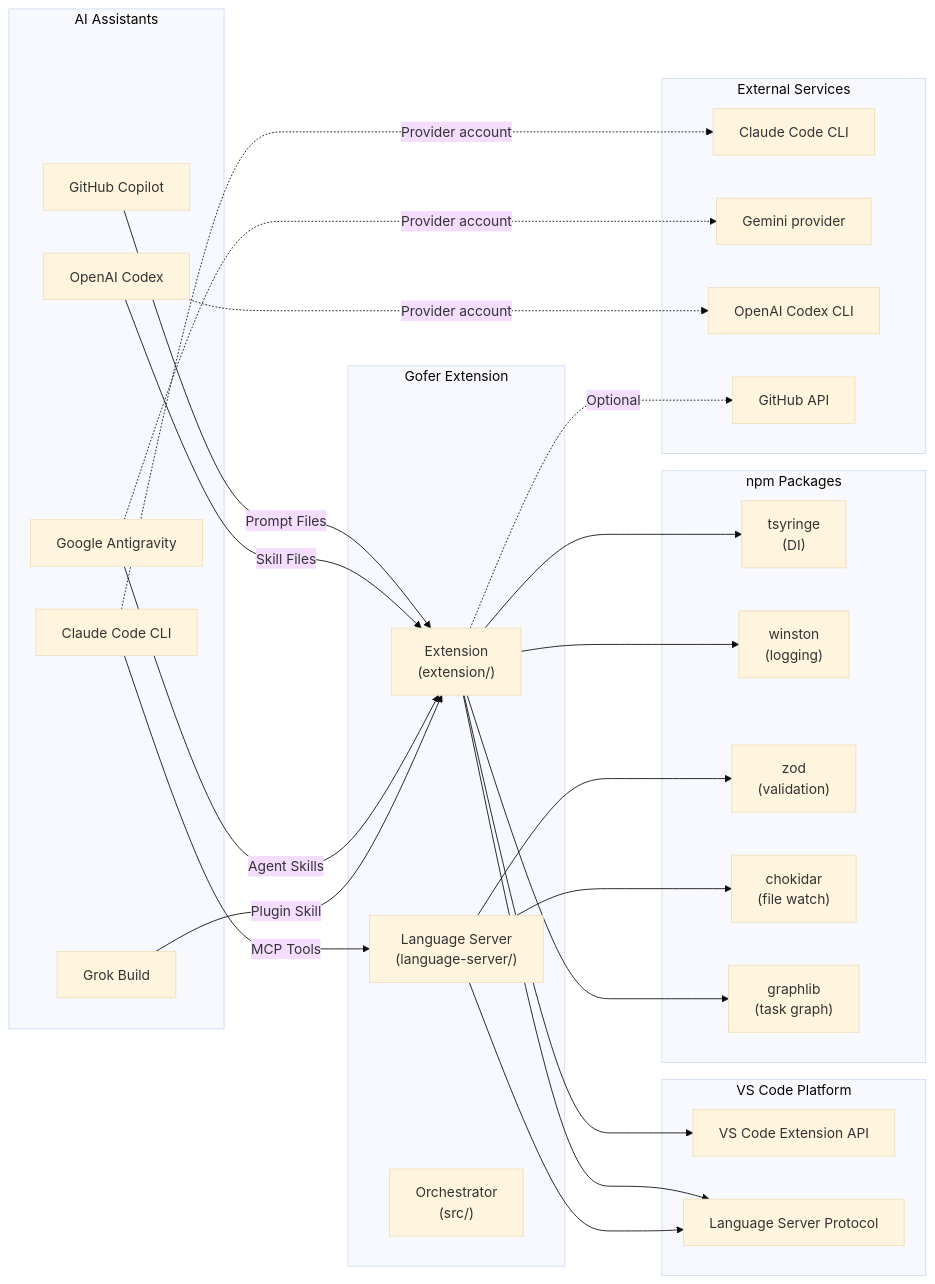
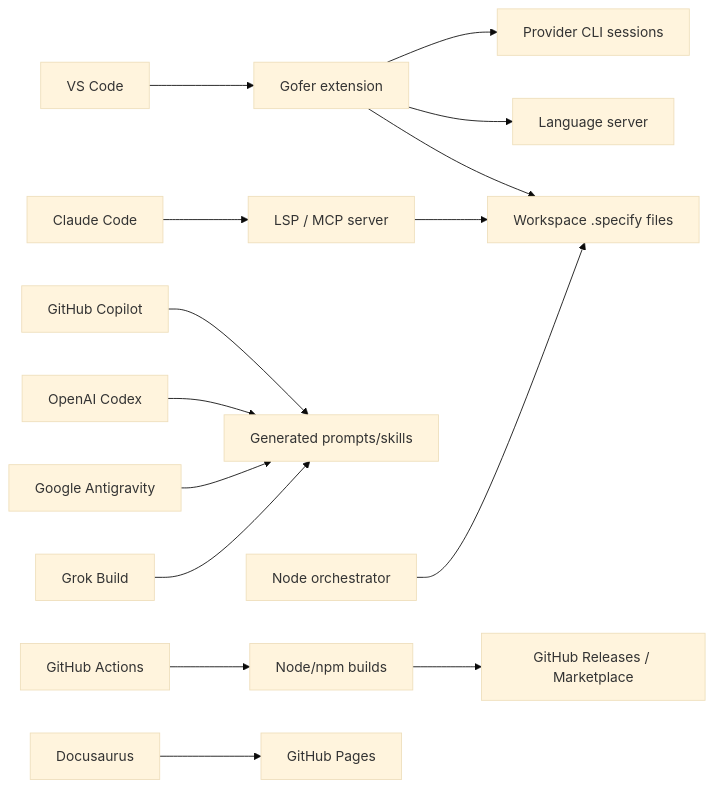
One commit to eai-support/eai-gofer changed the diagram in .tech-docs/dependencies.md. Above: the diagram before and after it, drawn with Mermaid (base theme). The commit also changed other lines of this file and 12 other files, not shown here.

````diff
--- a/.tech-docs/dependencies.md
+++ b/.tech-docs/dependencies.md
@@ -143,57 +10,17 @@
 ```mermaid
 graph LR
-    subgraph "Gofer Extension"
-        Ext["Extension<br/>(extension/)"]
-        LS["Language Server<br/>(language-server/)"]
-        Orch["Orchestrator<br/>(src/)"]
-    end
-
-    subgraph "AI Assistants"
-        Claude["Claude Code CLI"]
-        Copilot["GitHub Copilot"]
-        Codex["OpenAI Codex"]
-        Antigravity["Google Antigravity"]
-        Grok["Grok Build"]
-    end
-
-    subgraph "External Services"
-        ClaudeCLI["Claude Code CLI"]
-        GeminiService["Gemini provider"]
-        CodexCLI["OpenAI Codex CLI"]
-        GitHubAPI["GitHub API"]
-    end
-
-    subgraph "VS Code Platform"
-        VSCodeAPI["VS Code Extension API"]
-        LSPAPI["Language Server Protocol"]
-    end
-
-    subgraph "npm Packages"
-        tsyringe["tsyringe<br/>(DI)"]
-        winston["winston<br/>(logging)"]
-        zod["zod<br/>(validation)"]
-        chokidar["chokidar<br/>(file watch)"]
-        graphlib["graphlib<br/>(task graph)"]
-    end
-
-    Ext --> VSCodeAPI
-    Ext --> LSPAPI
-    Ext --> tsyringe
-    Ext --> winston
-    Ext --> graphlib
-
-    LS --> LSPAPI
-    LS --> zod
-    LS --> chokidar
-
-    Claude -->|MCP Tools| LS
-    Copilot -->|Prompt Files| Ext
-    Codex -->|Skill Files| Ext
-    Antigravity -->|Agent Skills| Ext
-    Grok -->|Plugin Skill| Ext
-
-    Ext -.->|Optional| GitHubAPI
-    Claude -.->|Provider account| ClaudeCLI
-    Codex -.->|Provider account| CodexCLI
-    Antigravity -.->|Provider account| GeminiService
+    VSCode["VS Code"] --> Ext["Gofer extension"]
+    Claude["Claude Code"] --> MCP["LSP / MCP server"]
+    Copilot["GitHub Copilot"] --> Surfaces["Generated prompts/skills"]
+    Codex["OpenAI Codex"] --> Surfaces
+    Antigravity["Google Antigravity"] --> Surfaces
+    Grok["Grok Build"] --> Surfaces
+    Ext --> LS["Language server"]
+    Ext --> FS["Workspace .specify files"]
+    MCP --> FS
+    Orchestrator["Node orchestrator"] --> FS
+    Ext --> Provider["Provider CLI sessions"]
+    CI["GitHub Actions"] --> Build["Node/npm builds"]
+    Build --> Release["GitHub Releases / Marketplace"]
+    Pages["Docusaurus"] --> GitHubPages["GitHub Pages"]
 ```
````
